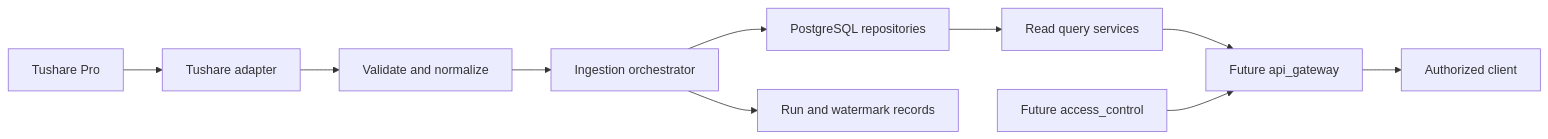
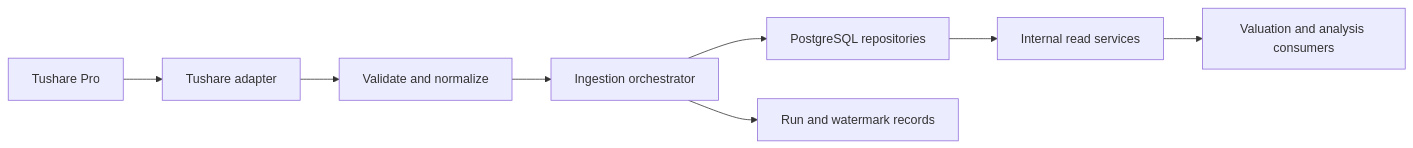
One commit to bizeasy17/sms changed the diagram in manniu/docs/requirements/market-analysis/market-data-backend-design.md. Above: the diagram before and after it, drawn with Mermaid. The commit also changed other lines of this file and 20 other files, not shown here.

````diff
--- a/manniu/docs/requirements/market-analysis/market-data-backend-design.md
+++ b/manniu/docs/requirements/market-analysis/market-data-backend-design.md
@@ -27,12 +27,10 @@
 ```mermaid
 flowchart LR
     Tushare[Tushare Pro] --> Adapter[Tushare adapter]
     Adapter --> Normalize[Validate and normalize]
     Normalize --> Orchestrator[Ingestion orchestrator]
     Orchestrator --> Repository[PostgreSQL repositories]
-    Repository --> Queries[Read query services]
-    Queries --> API[Future api_gateway]
-    API --> Client[Authorized client]
-    Access[Future access_control] --> API
+    Repository --> Queries[Internal read services]
+    Queries --> Consumers[Valuation and analysis consumers]
     Orchestrator --> Runs[Run and watermark records]
 ```
````
